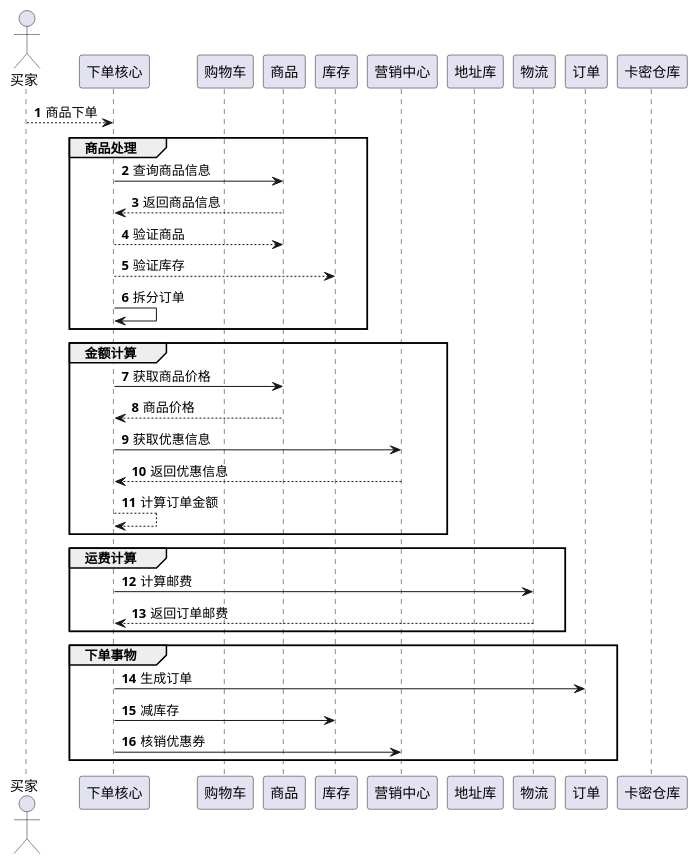
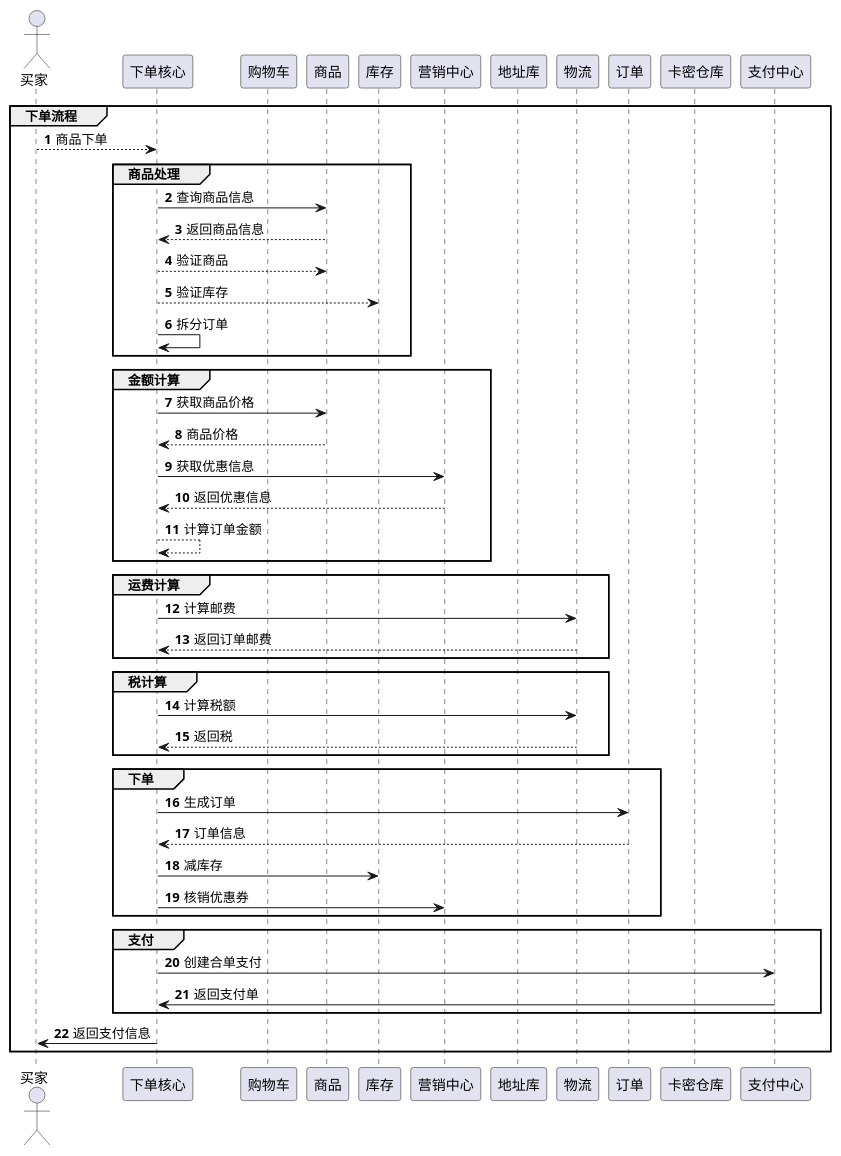
The diagram in docs/shopping/核心流程.puml (red-jasmine/docs), drawn with PlantUML before and after one commit. The commit also changed 1 other file, not shown here.

```diff
--- a/docs/shopping/核心流程.puml
+++ b/docs/shopping/核心流程.puml
@@ -1,89 +1,101 @@
 @startuml
 'https://plantuml.com/sequence-diagram
 
 autonumber
-
 actor 买家
 
 participant 下单核心
 
 participant 购物车
 
 participant 商品
 
 participant 库存
 
 participant 营销中心
 
 participant 地址库
 
 participant 物流
 
 participant 订单
 
 participant 卡密仓库
 
+participant 支付中心
 
 
 
-
-
-
+group 下单流程
 
 买家 --> 下单核心: 商品下单
 
 group 商品处理
 下单核心 -> 商品: 查询商品信息
 商品 --> 下单核心: 返回商品信息
 
 下单核心 --> 商品: 验证商品
 下单核心 --> 库存: 验证库存
 
 下单核心 -> 下单核心: 拆分订单
 
 end
 
 
 group 金额计算
 
 下单核心-> 商品: 获取商品价格
 
 商品 --> 下单核心: 商品价格
 
 
-
 下单核心 -> 营销中心: 获取优惠信息
 
 营销中心 --> 下单核心: 返回优惠信息
 
 下单核心 --> 下单核心: 计算订单金额
 end
 
 group 运费计算
 
 下单核心 -> 物流 : 计算邮费
 
 物流 --> 下单核心: 返回订单邮费
 end
 
+group 税计算
 
+下单核心 -> 物流 : 计算税额
 
-group 下单事物
+物流 --> 下单核心: 返回税
+end
+
+group 下单
 下单核心-> 订单: 生成订单
-
+订单 --> 下单核心: 订单信息
 下单核心-> 库存: 减库存
-
 下单核心-> 营销中心: 核销优惠券
 end
 
 
+group 支付
+
+下单核心 -> 支付中心: 创建合单支付
+
+支付中心 -> 下单核心: 返回支付单
+
+end group
+
+下单核心-> 买家: 返回支付信息
+
+end group
 
 
 
 
 
 
 
 
 
 @enduml
```
